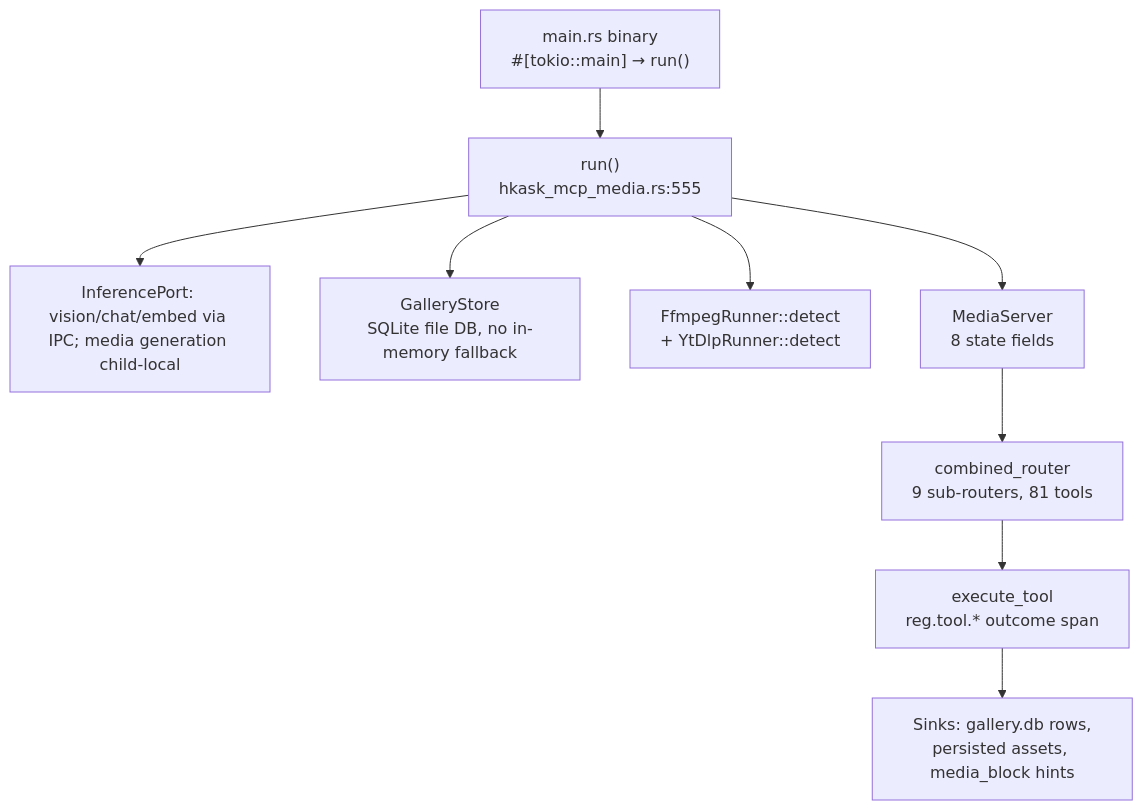
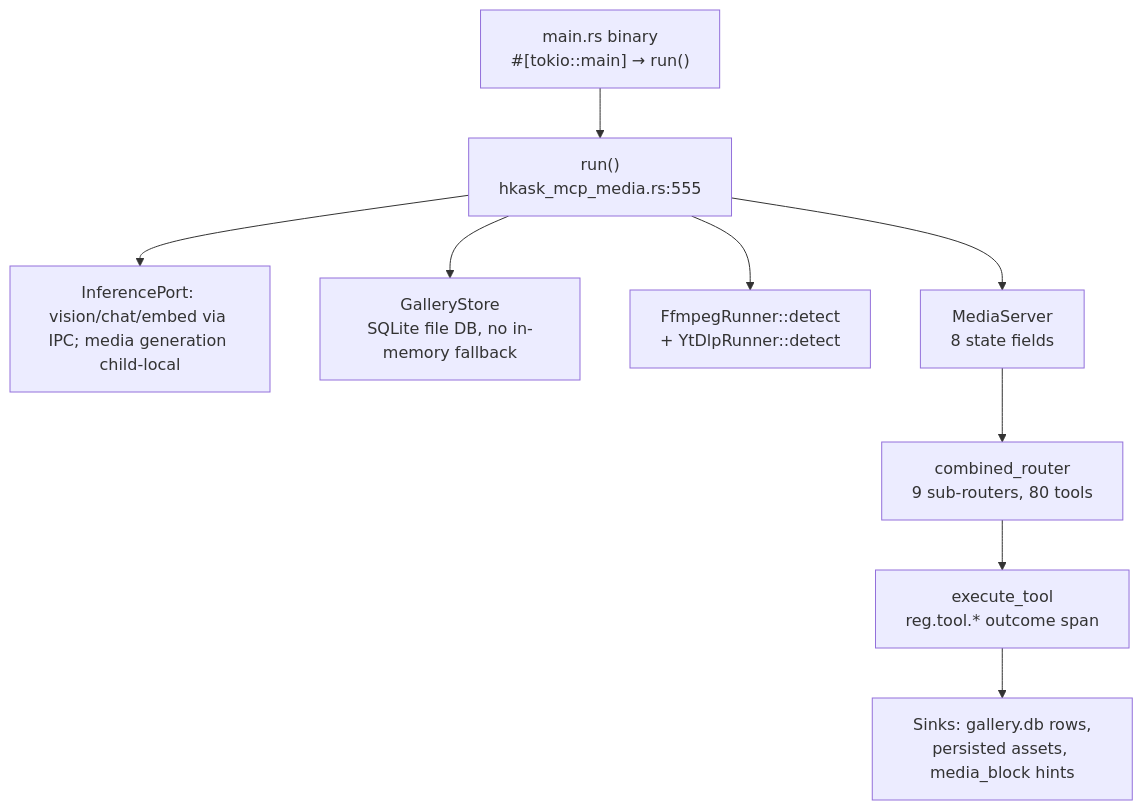
One commit to mdz-axo/zed-kask changed the diagram in kask/docs/reference/mcp-servers/media.md. Above: the diagram before and after it, drawn with Mermaid. The commit also changed other lines of this file and 7 other files, not shown here.

````diff
--- a/kask/docs/reference/mcp-servers/media.md
+++ b/kask/docs/reference/mcp-servers/media.md
@@ -24,21 +24,21 @@
 ```mermaid
 flowchart TD
     binary["main.rs binary<br/>#[tokio::main] → run()"]
     run["run()<br/>hkask_mcp_media.rs:555"]
     port["InferencePort: vision/chat/embed via IPC; media generation child-local"]
     db["GalleryStore<br/>SQLite file DB, no in-memory fallback"]
     ffmpeg["FfmpegRunner::detect<br/>+ YtDlpRunner::detect"]
     server["MediaServer<br/>8 state fields"]
-    router["combined_router<br/>9 sub-routers, 81 tools"]
+    router["combined_router<br/>9 sub-routers, 80 tools"]
     dispatch["execute_tool<br/>reg.tool.* outcome span"]
     sinks["Sinks: gallery.db rows,<br/>persisted assets, media_block hints"]
 
     binary --> run
     run --> port
     run --> db
     run --> ffmpeg
     run --> server
     server --> router
     router --> dispatch
     dispatch --> sinks
 ```
````
